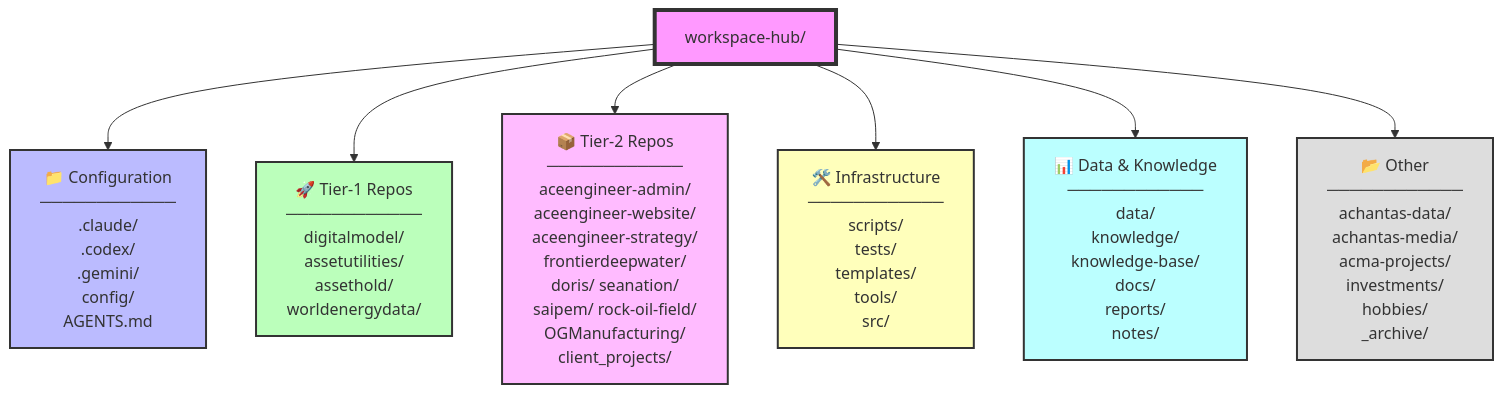
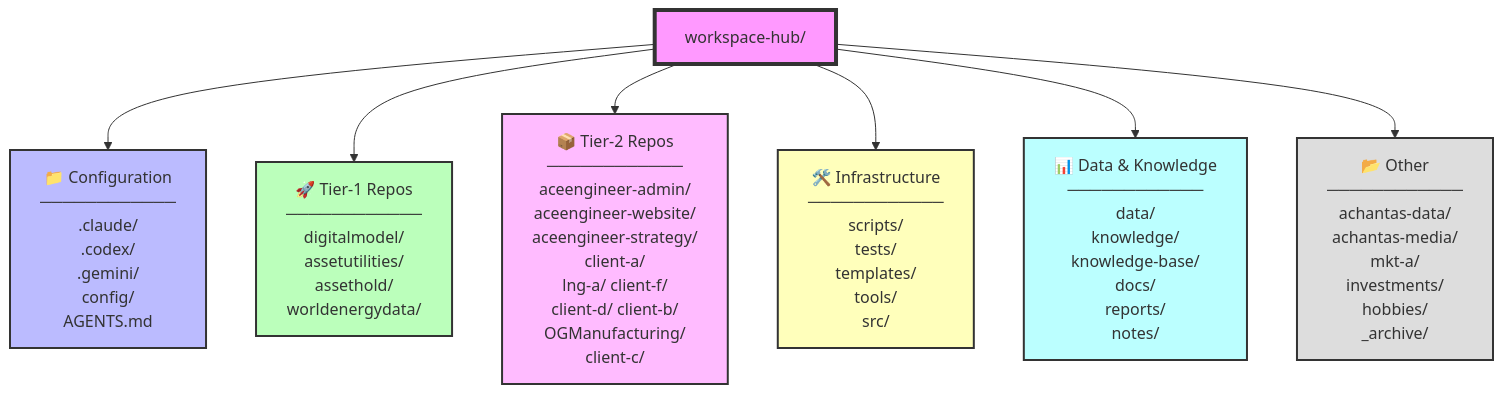
The first of 4 diagrams in docs/modules/ai-native/workspace-hub-structure.md (vamseeachanta/workspace-hub), drawn with Mermaid before and after one commit. The commit also changed other lines of this file and 646 other files, not shown here.

````diff
--- a/docs/modules/ai-native/workspace-hub-structure.md
+++ b/docs/modules/ai-native/workspace-hub-structure.md
@@ -9,24 +9,24 @@
 ```mermaid
 graph TB
     WH[workspace-hub/]
 
     WH --> CONFIG["📁 Configuration<br/>────────────<br/>.claude/<br/>.codex/<br/>.gemini/<br/>config/<br/>AGENTS.md"]
 
     WH --> TIER1["🚀 Tier-1 Repos<br/>────────────<br/>digitalmodel/<br/>assetutilities/<br/>assethold/<br/>worldenergydata/"]
 
-    WH --> TIER2["📦 Tier-2 Repos<br/>────────────<br/>aceengineer-admin/<br/>aceengineer-website/<br/>aceengineer-strategy/<br/>frontierdeepwater/<br/>doris/ seanation/<br/>saipem/ rock-oil-field/<br/>OGManufacturing/<br/>client_projects/"]
+    WH --> TIER2["📦 Tier-2 Repos<br/>────────────<br/>aceengineer-admin/<br/>aceengineer-website/<br/>aceengineer-strategy/<br/>client-a/<br/>lng-a/ client-f/<br/>client-d/ client-b/<br/>OGManufacturing/<br/>client-c/"]
 
     WH --> INFRA["🛠️ Infrastructure<br/>────────────<br/>scripts/<br/>tests/<br/>templates/<br/>tools/<br/>src/"]
 
     WH --> DATA["📊 Data & Knowledge<br/>────────────<br/>data/<br/>knowledge/<br/>knowledge-base/<br/>docs/<br/>reports/<br/>notes/"]
 
-    WH --> OTHER["📂 Other<br/>────────────<br/>achantas-data/<br/>achantas-media/<br/>acma-projects/<br/>investments/<br/>hobbies/<br/>_archive/"]
+    WH --> OTHER["📂 Other<br/>────────────<br/>achantas-data/<br/>achantas-media/<br/>mkt-a/<br/>investments/<br/>hobbies/<br/>_archive/"]
 
     style WH fill:#f9f,stroke:#333,stroke-width:4px
     style CONFIG fill:#bbf,stroke:#333,stroke-width:2px
     style TIER1 fill:#bfb,stroke:#333,stroke-width:2px
     style TIER2 fill:#fbf,stroke:#333,stroke-width:2px
     style INFRA fill:#ffb,stroke:#333,stroke-width:2px
     style DATA fill:#bff,stroke:#333,stroke-width:2px
     style OTHER fill:#ddd,stroke:#333,stroke-width:2px
 ```
````
